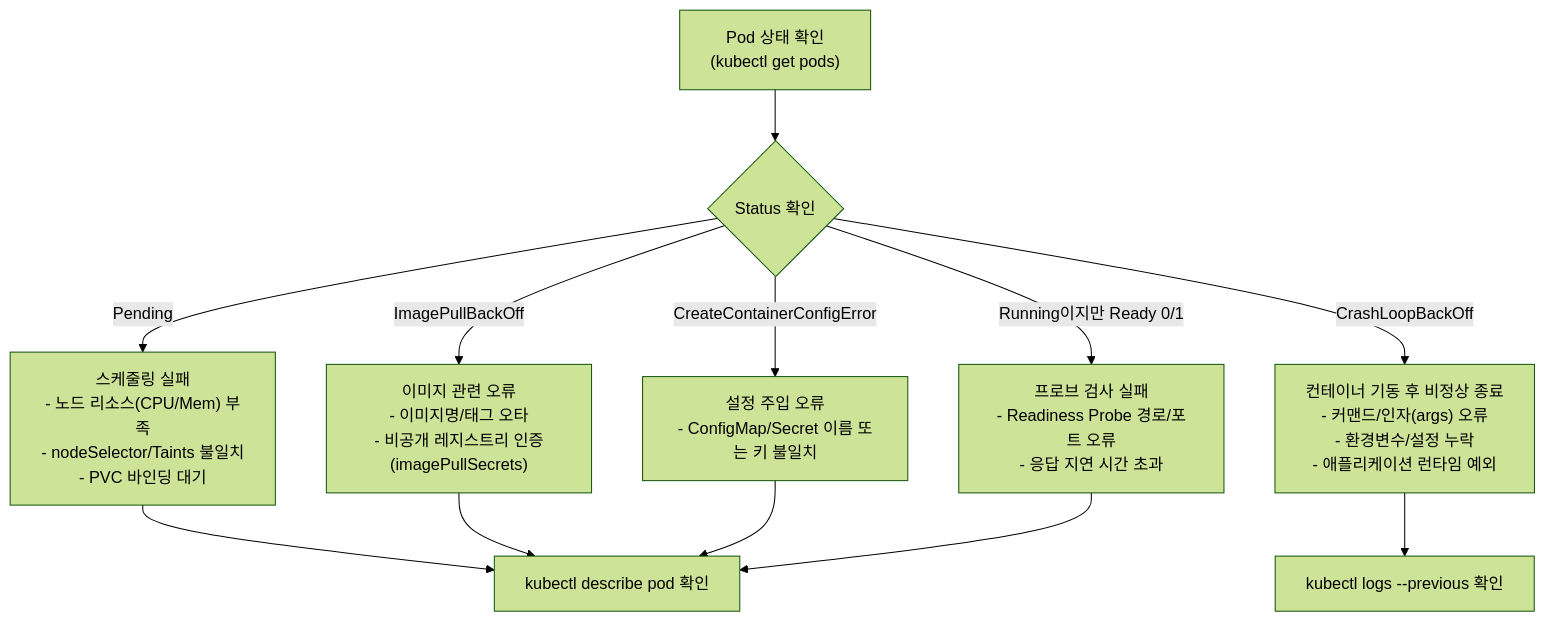
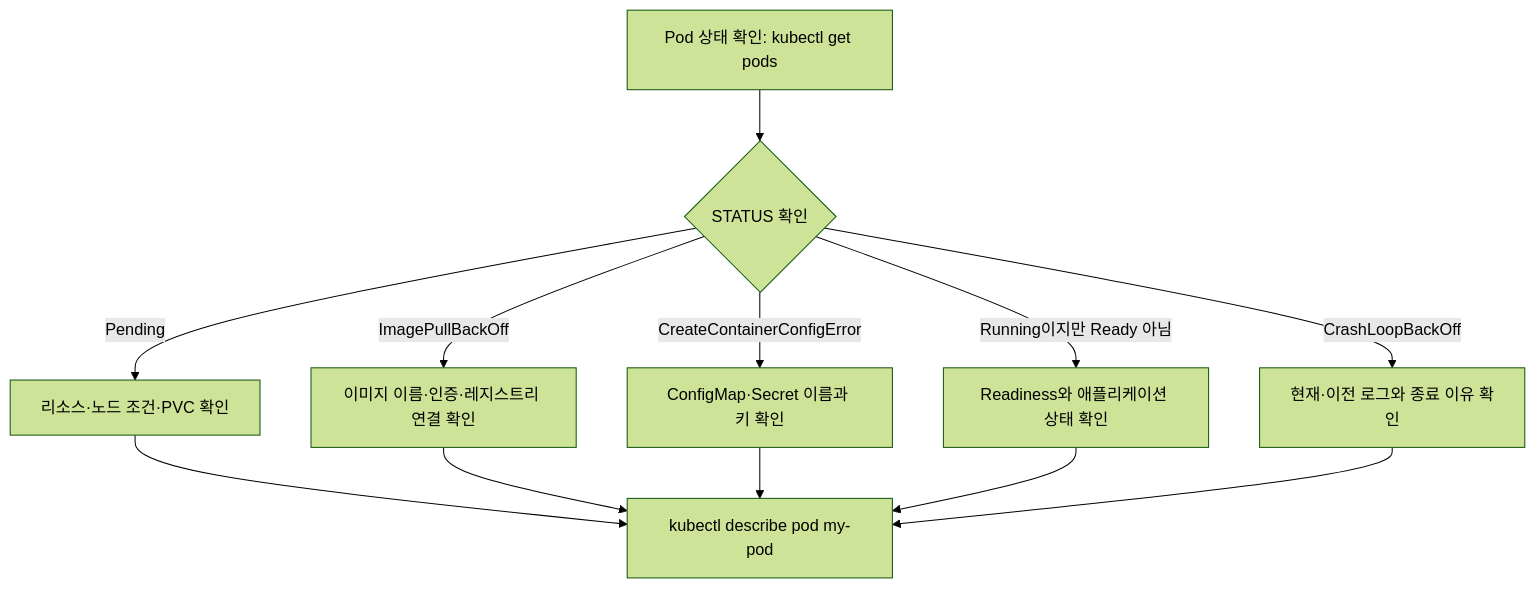
Before and after one commit to DevDooly/TIL: the diagram in docs/Infrastructure/Kubernetes/CKA/Troubleshooting_Pods.md, drawn with Mermaid (forest theme). The commit also changed other lines of this file and 26 other files, not shown here.

````diff
--- a/docs/Infrastructure/Kubernetes/CKA/Troubleshooting_Pods.md
+++ b/docs/Infrastructure/Kubernetes/CKA/Troubleshooting_Pods.md
@@ -9,15 +9,14 @@
 ```mermaid
 flowchart TD
-    Start["Pod 상태 확인<br>(kubectl get pods)"] --> CheckStatus{"Status 확인"}
-    CheckStatus -->|Pending| Sched["스케줄링 실패<br>- 노드 리소스(CPU/Mem) 부족<br>- nodeSelector/Taints 불일치<br>- PVC 바인딩 대기"]
-    CheckStatus -->|ImagePullBackOff| Img["이미지 관련 오류<br>- 이미지명/태그 오타<br>- 비공개 레지스트리 인증(imagePullSecrets)"]
-    CheckStatus -->|CrashLoopBackOff| App["컨테이너 기동 후 비정상 종료<br>- 커맨드/인자(args) 오류<br>- 환경변수/설정 누락<br>- 애플리케이션 런타임 예외"]
-    CheckStatus -->|CreateContainerConfigError| Cfg["설정 주입 오류<br>- ConfigMap/Secret 이름 또는 키 불일치"]
-    CheckStatus -->|Running이지만 Ready 0/1| Probe["프로브 검사 실패<br>- Readiness Probe 경로/포트 오류<br>- 응답 지연 시간 초과"]
-
-    Sched --> Desc["kubectl describe pod <name> 확인"]
-    Img --> Desc
-    Cfg --> Desc
-    Probe --> Desc
-    App --> Logs["kubectl logs <name> --previous 확인"]
+    Start["Pod 상태 확인: kubectl get pods"] --> Status{"STATUS 확인"}
+    Status -->|Pending| Schedule["리소스·노드 조건·PVC 확인"]
+    Status -->|ImagePullBackOff| Image["이미지 이름·인증·레지스트리 연결 확인"]
+    Status -->|CreateContainerConfigError| Config["ConfigMap·Secret 이름과 키 확인"]
+    Status -->|CrashLoopBackOff| Logs["현재·이전 로그와 종료 이유 확인"]
+    Status -->|Running이지만 Ready 아님| Probe["Readiness와 애플리케이션 상태 확인"]
+    Schedule --> Events["kubectl describe pod my-pod"]
+    Image --> Events
+    Config --> Events
+    Probe --> Events
+    Logs --> Events
 ```
````
